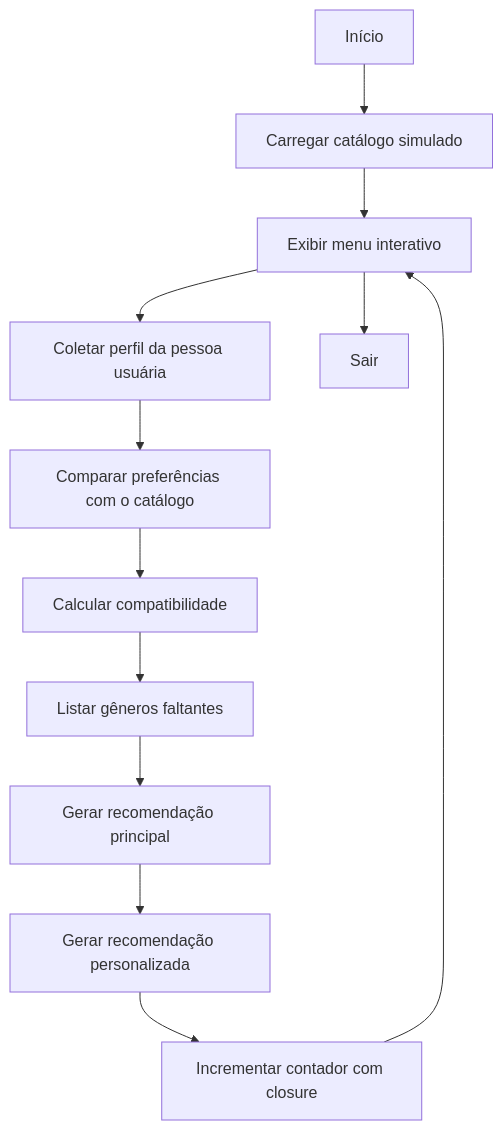
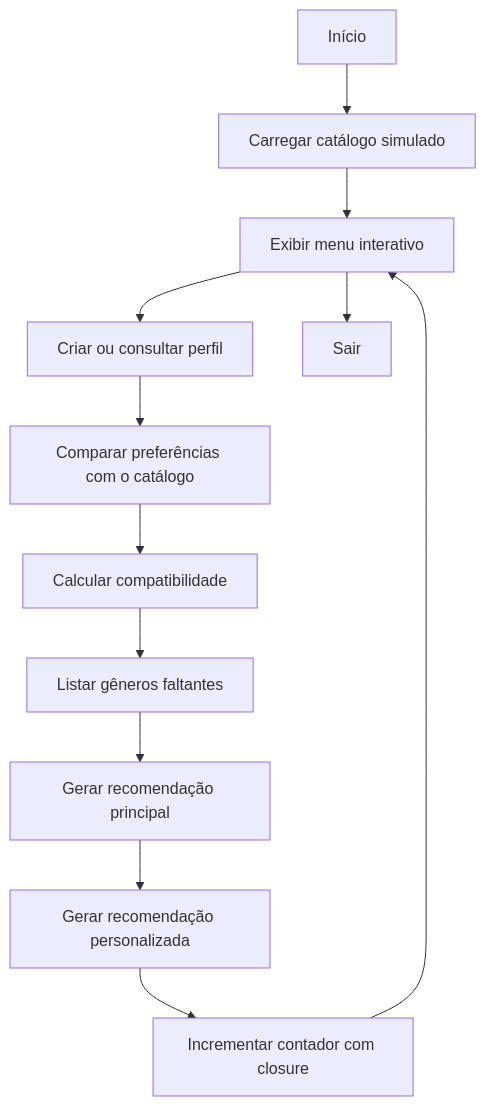
The first of 5 diagrams in README.md (Mini-Projeto-PlayNow/Mini-Projeto-PlayNow-LTD), drawn with Mermaid before and after one commit. The commit also changed other lines of this file, not shown here.

````diff
--- a/README.md
+++ b/README.md
@@ -31,14 +31,14 @@
 ```mermaid
 flowchart TD
     A[Início] --> B[Carregar catálogo simulado]
     B --> C[Exibir menu interativo]
-    C --> D[Coletar perfil da pessoa usuária]
+    C --> D[Criar ou consultar perfil]
     D --> E[Comparar preferências com o catálogo]
     E --> F[Calcular compatibilidade]
     F --> G[Listar gêneros faltantes]
     G --> H[Gerar recomendação principal]
     H --> I[Gerar recomendação personalizada]
     I --> J[Incrementar contador com closure]
     J --> C
     C --> K[Sair]
 ```
````
